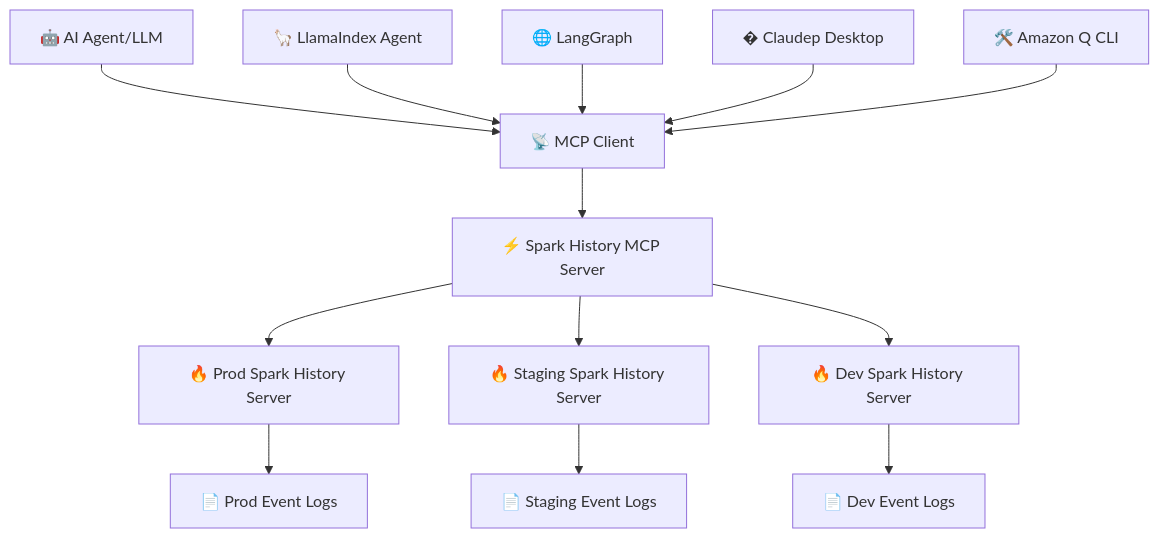
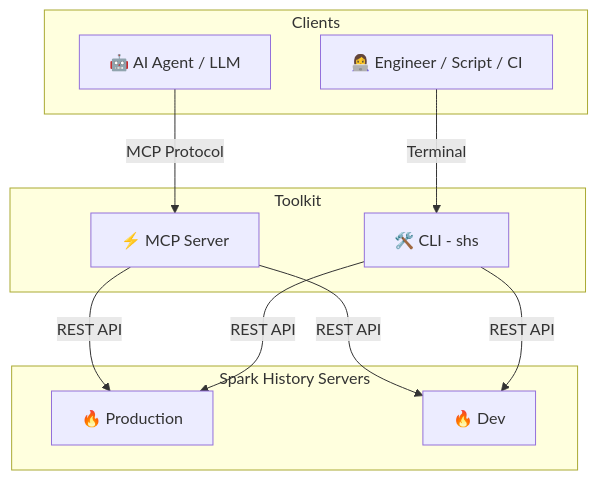
Before and after one commit to nabuskey/mcp-apache-spark-history-server: the diagram in README.md, drawn with Mermaid. The commit also changed other lines of this file, not shown here.

````diff
--- a/README.md
+++ b/README.md
@@ -54,18 +59,25 @@
 ```mermaid
 graph TB
-    A[🤖 AI Agent/LLM] --> F[📡 MCP Client]
-    B[🦙 LlamaIndex Agent] --> F
-    C[🌐 LangGraph] --> F
-    D[�️ Claudep Desktop] --> F
-    E[🛠️ Amazon Q CLI] --> F
+    subgraph Clients
+        A[🤖 AI Agent / LLM]
+        B[👩‍💻 Engineer / Script / CI]
+    end
 
-    F --> G[⚡ Spark History MCP Server]
+    subgraph Toolkit
+        C[⚡ MCP Server]
+        D[🛠️ CLI - shs]
+    end
 
-    G --> H[🔥 Prod Spark History Server]
-    G --> I[🔥 Staging Spark History Server]
-    G --> J[🔥 Dev Spark History Server]
+    subgraph Spark History Servers
+        E[🔥 Production]
+        F[🔥 Dev]
+    end
 
-    H --> K[📄 Prod Event Logs]
-    I --> L[📄 Staging Event Logs]
-    J --> M[📄 Dev Event Logs]
+    A -->|MCP Protocol| C
+    B -->|Terminal| D
+
+    C -->|REST API| E
+    C -->|REST API| F
+    D -->|REST API| E
+    D -->|REST API| F
 ```
````
